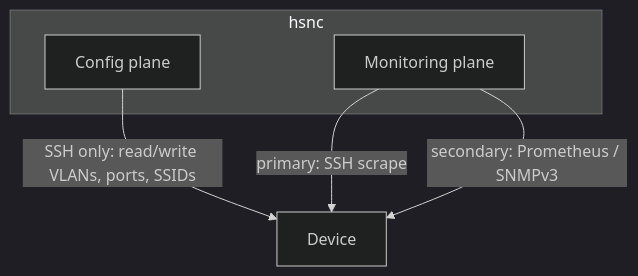
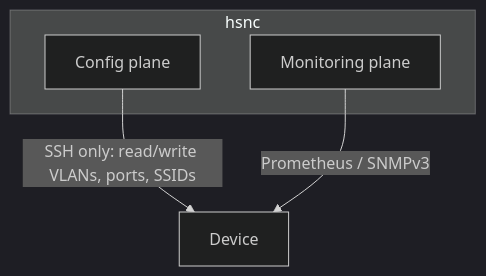
The diagram in docs/user-guide/managing-devices.md (nanosonde/hsnc), drawn with Mermaid (dark theme) before and after one commit. The commit also changed other lines of this file and 9 other files, not shown here.

Commit message:
docs: reflect non-SSH monitoring plane and drop primary/secondary

````diff
--- a/docs/user-guide/managing-devices.md
+++ b/docs/user-guide/managing-devices.md
@@ -31,10 +31,9 @@
 ```mermaid
 flowchart TB
     subgraph hsnc
       CFG[Config plane]
       MON[Monitoring plane]
     end
     CFG -->|SSH only: read/write VLANs, ports, SSIDs| DEV[Device]
-    MON -->|primary: SSH scrape| DEV
-    MON -->|secondary: Prometheus / SNMPv3| DEV
+    MON -->|Prometheus / SNMPv3| DEV
 ```
````
